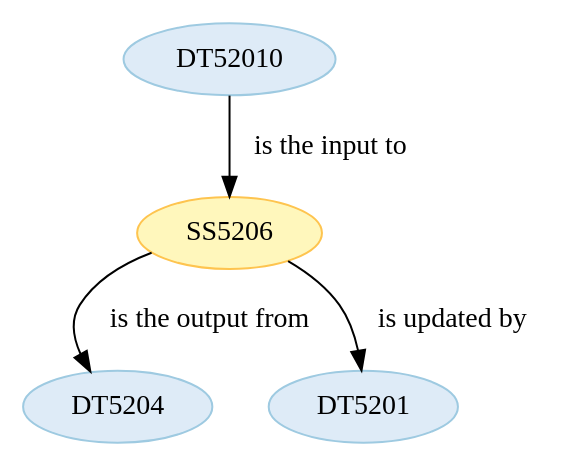
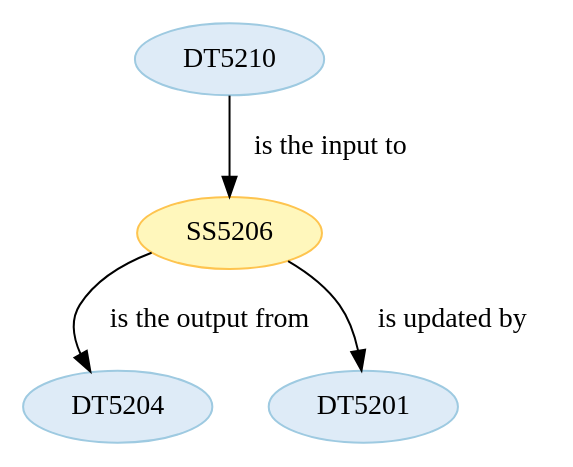
Before and after one commit to Marco-Salvi/cwl-test: the diagram in wf5201/ST520106.dot, drawn with Graphviz. The commit also changed 24 other files, not shown here.

```diff
--- a/wf5201/ST520106.dot
+++ b/wf5201/ST520106.dot
@@ -1,18 +1,18 @@
 strict digraph {
 
 
 	"SS5206" [ color="2", colorscheme="ylorbr3", fillcolor="1", style="filled",  weight=0 ];
 
 	"SS5206" -> "DT5204" [ label="is the output from", labeltooltip="DT5204 - is the output from - SS5206",  weight=0 ];
 
 	"SS5206" -> "DT5201" [ label="is updated by", labeltooltip="DT5201 - is updated by - SS5206",  weight=0 ];
 
 	"DT5201" [ color="2", colorscheme="blues3", fillcolor="1", style="filled",  weight=0 ];
 
-	"DT52010" [ color="2", colorscheme="blues3", fillcolor="1", style="filled",  weight=0 ];
-
-	"DT52010" -> "SS5206" [ label="is the input to", labeltooltip="DT52010 - is the input to - SS5206",  weight=0 ];
-
 	"DT5204" [ color="2", colorscheme="blues3", fillcolor="1", style="filled",  weight=0 ];
 
+	"DT5210" [ color="2", colorscheme="blues3", fillcolor="1", style="filled",  weight=0 ];
+
+	"DT5210" -> "SS5206" [ label="is the input to", labeltooltip="DT5210 - is the input to - SS5206",  weight=0 ];
+
 }
```
